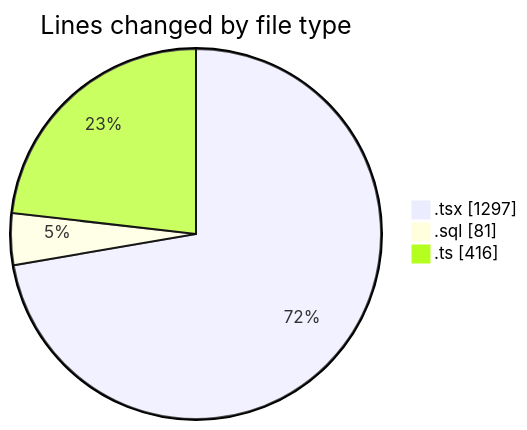
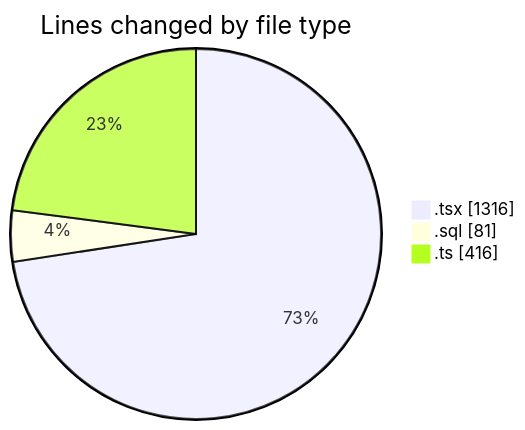
The first of 2 diagrams in 2025-09-09/hiai-phf/README.md (lephambinh05/code-tracking), drawn with Mermaid before and after one commit. The commit also changed other lines of this file and 1 other file, not shown here.

````diff
--- a/2025-09-09/hiai-phf/README.md
+++ b/2025-09-09/hiai-phf/README.md
@@ -36,7 +36,7 @@
 ```mermaid
 pie showData
 title Lines changed by file type
-".tsx" : 1297
+".tsx" : 1316
 ".sql" : 81
 ".ts" : 416
 ```
````
